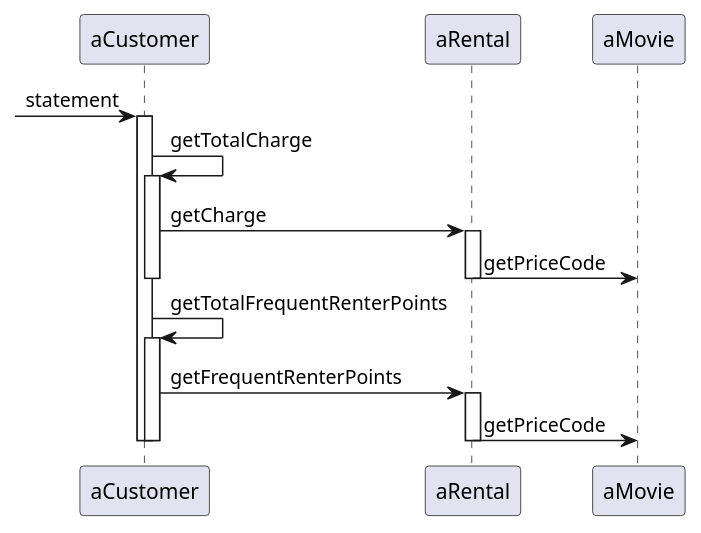
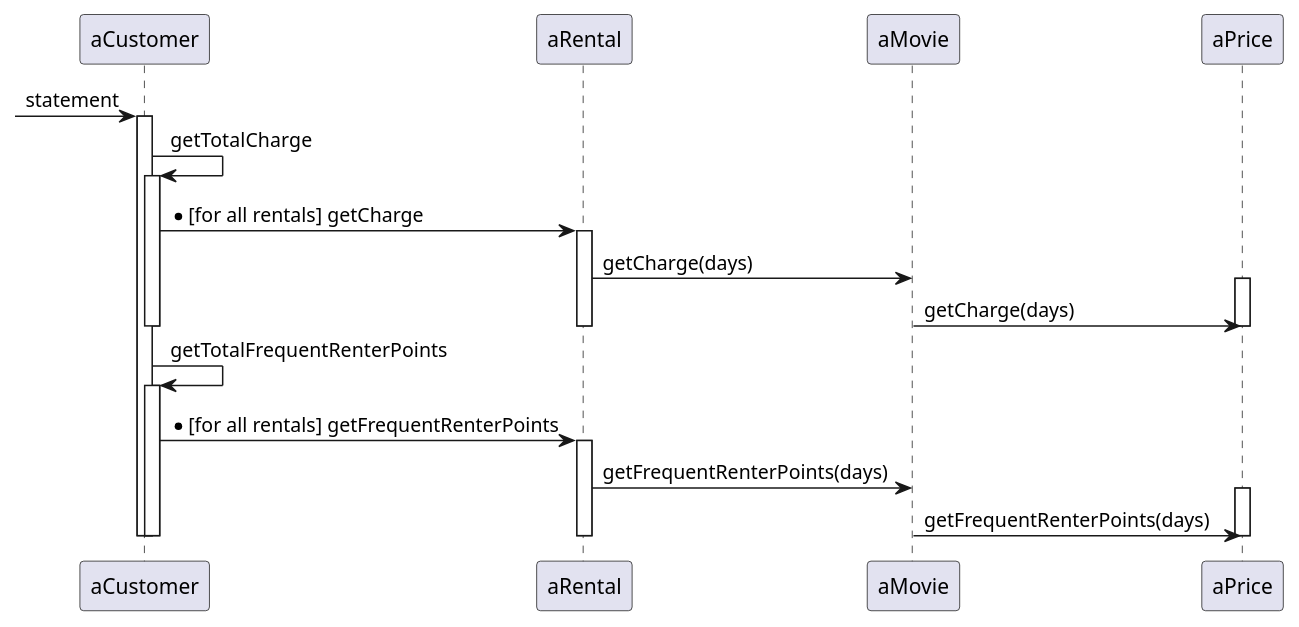
The third of 3 diagrams in docs/src/spec/video_rental.adoc (hiroshima-arc/re_zero_tdd), drawn with PlantUML before and after one commit. The commit also changed other lines of this file and 5 other files, not shown here.

```diff
--- a/docs/src/spec/video_rental.adoc
+++ b/docs/src/spec/video_rental.adoc
@@ -79,21 +82,27 @@
 [plantuml]
 ----
 -> aCustomer: statement
    activate aCustomer
        aCustomer -> aCustomer :getTotalCharge
        activate aCustomer
-        aCustomer -> aRental :getCharge
+        aCustomer -> aRental :*[for all rentals] getCharge
         activate aRental
-         aRental -> aMovie :getPriceCode
+         aRental -> aMovie :getCharge(days)
+         activate aPrice
+          aMovie -> aPrice :getCharge(days)
+         deactivate aPrice
         deactivate aRental
        deactivate aCustomer
 
        aCustomer -> aCustomer :getTotalFrequentRenterPoints
        activate aCustomer
-        aCustomer -> aRental :getFrequentRenterPoints
+        aCustomer -> aRental :*[for all rentals] getFrequentRenterPoints
         activate aRental
-         aRental -> aMovie :getPriceCode
+         aRental -> aMovie :getFrequentRenterPoints(days)
+         activate aPrice
+          aMovie -> aPrice :getFrequentRenterPoints(days)
+         deactivate aPrice
         deactivate aRental
        deactivate aCustomer
    deactivate aCustomer
 ----
```
